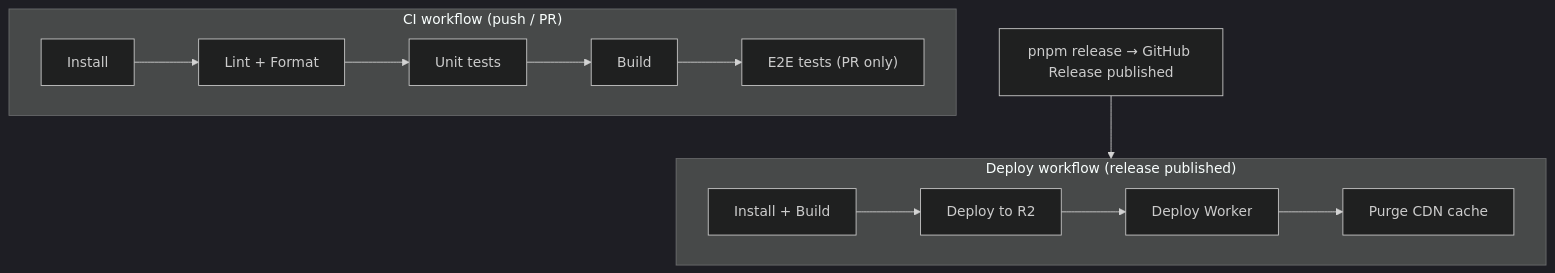
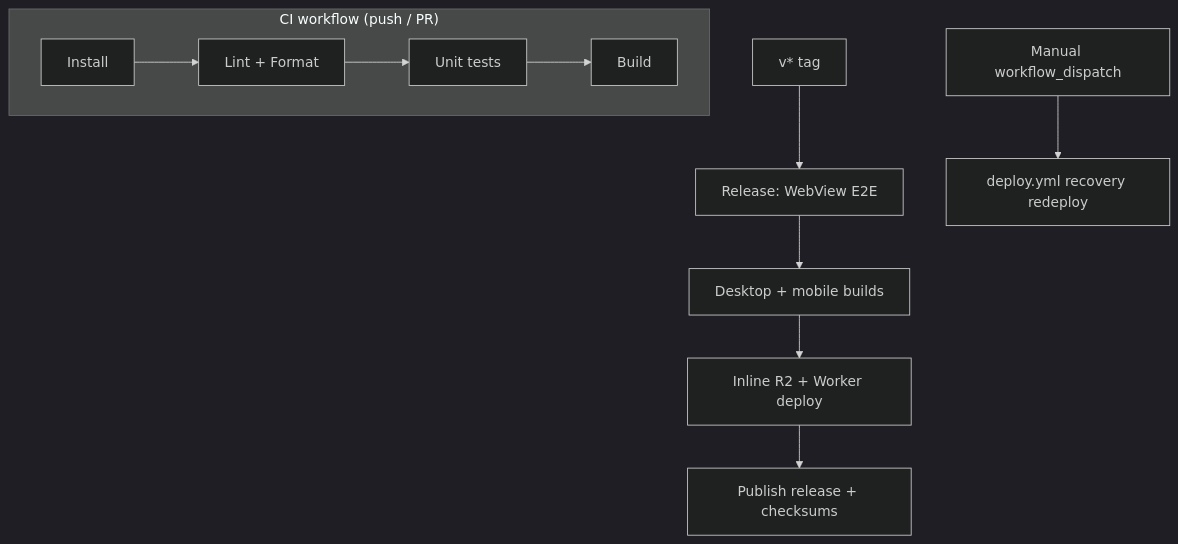
The third of 5 diagrams in docs/deployment-checklist.md (forwardemail/mail.forwardemail.net), drawn with Mermaid (dark theme) before and after one commit. The commit also changed other lines of this file and 6 other files, not shown here.

First line of the commit message:
docs: synchronize CI credentials and release workflow guidance

````diff
--- a/docs/deployment-checklist.md
+++ b/docs/deployment-checklist.md
@@ -196,11 +212,11 @@
 ```mermaid
 flowchart TD
     subgraph CI ["CI workflow (push / PR)"]
         A1["Install"] --> A2["Lint + Format"] --> A3["Unit tests"] --> A4["Build"]
-        A4 --> A5["E2E tests (PR only)"]
     end
-    subgraph Deploy ["Deploy workflow (release published)"]
-        B1["Install + Build"] --> B2["Deploy to R2"] --> B3["Deploy Worker"] --> B4["Purge CDN cache"]
-    end
-    R["pnpm release → GitHub Release published"] --> Deploy
+    T["v* tag"] --> R1["Release: WebView E2E"]
+    R1 --> R2["Desktop + mobile builds"]
+    R2 --> R3["Inline R2 + Worker deploy"]
+    R3 --> R4["Publish release + checksums"]
+    M["Manual workflow_dispatch"] --> D1["deploy.yml recovery redeploy"]
 ```
````
